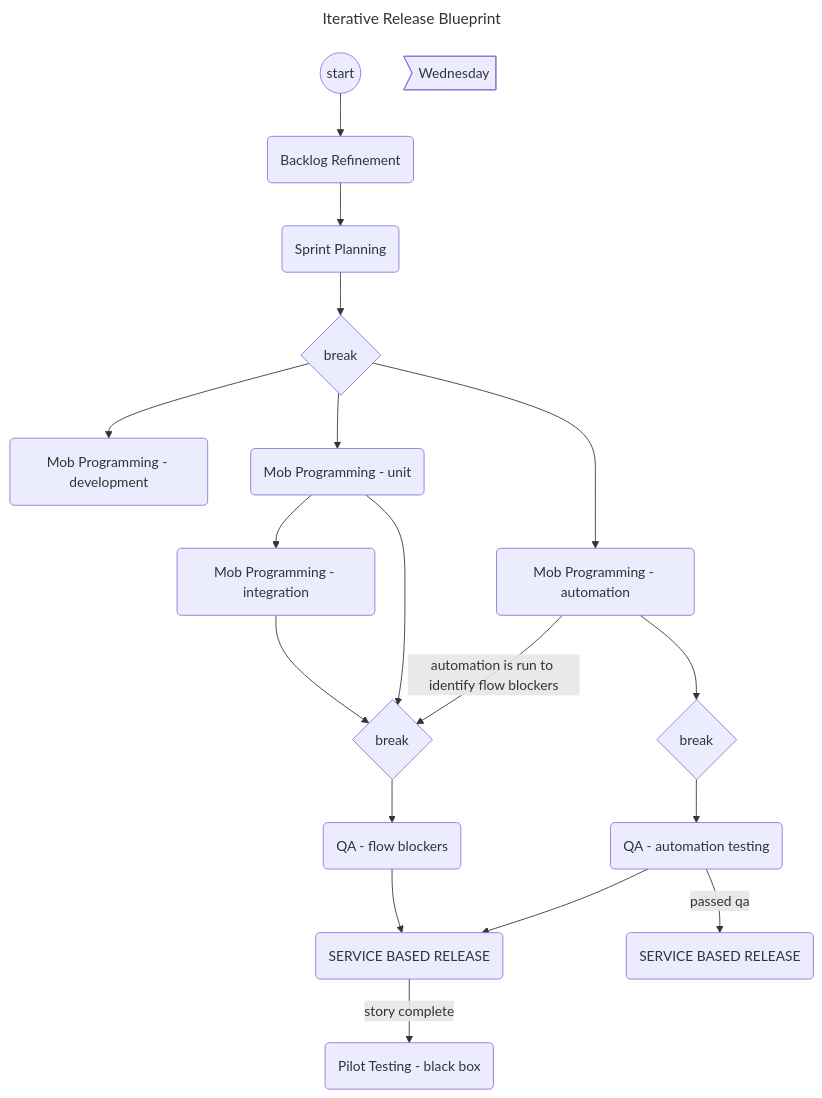
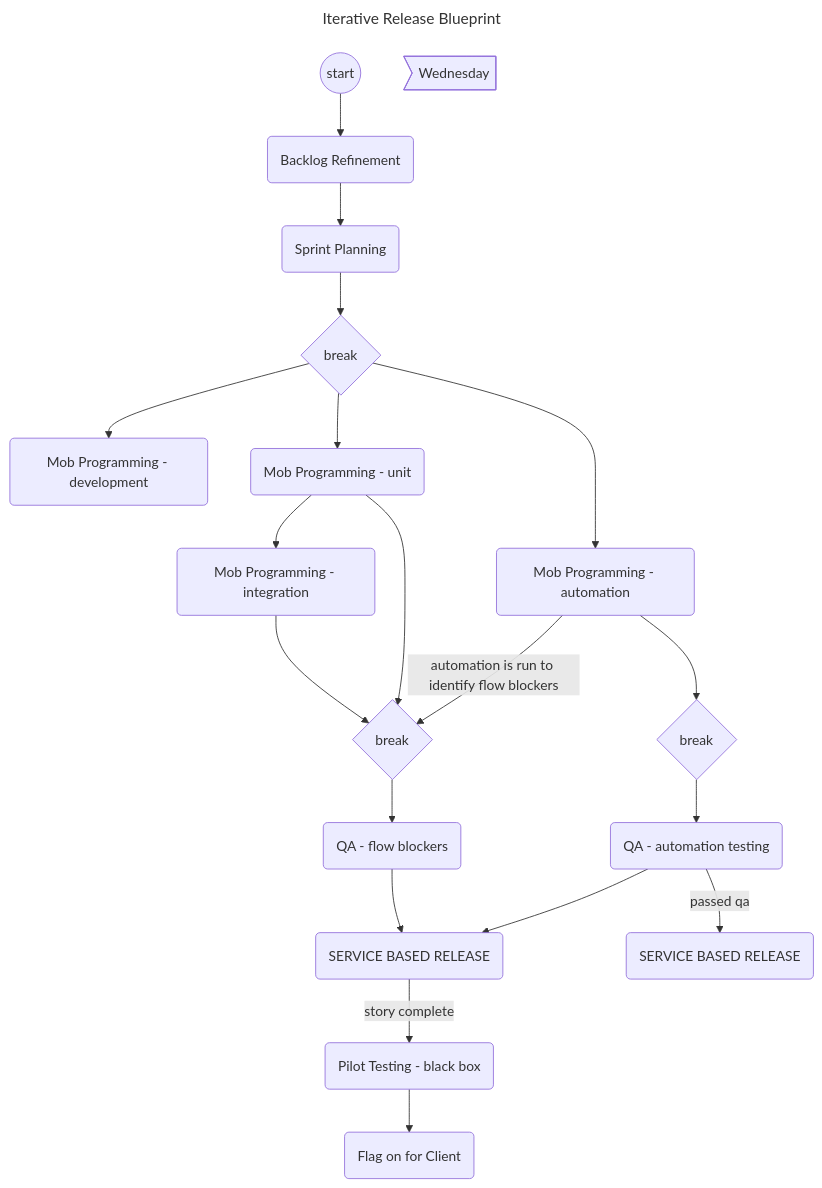
One commit to jessicahirsch/Mermaid-Diagrams changed the diagram in diagrams/diagram3.mmd. Above: the diagram before and after it, drawn with Mermaid.

Commit message:
feat: flag on for client node

```diff
--- a/diagrams/diagram3.mmd
+++ b/diagrams/diagram3.mmd
@@ -1,33 +1,35 @@
 ---
 title: Iterative Release Blueprint
 ---
 
 flowchart TD
 
 id1((start))-->A(Backlog Refinement)
-A(Backlog Refinement)-->B(Sprint Planning)
+A-->B(Sprint Planning)
 
 id2>Wednesday]
-B(Sprint Planning)
+B
 
-B(Sprint Planning)-->id3{break}
+B-->id3{break}
 
 id3{break}-->C(Mob Programming - development)
 id3{break}-->D(Mob Programming - unit)-->F(Mob Programming - integration)
 id3{break}-->E(Mob Programming - automation)
 
 D(Mob Programming - unit)-->id4{break}
 E(Mob Programming - automation)-->|automation is run to identify flow blockers|id4{break}
 F(Mob Programming - integration)-->id4{break}
 
 id4{break}-->G(QA - flow blockers)
 
 E(Mob Programming - automation)-->id5{break}-->H(QA - automation testing)
 
 H(QA-automation testing)-->X(SERVICE BASED RELEASE)
 G(QA - flow blockers)-->X(SERVICE BASED RELEASE)
 
 H(QA - automation testing)-->|passed qa|Y(SERVICE BASED RELEASE)
 
 X(SERVICE BASED RELEASE)-->|story complete|K(Pilot Testing - black box)
+K-->L(Flag on for Client)
+
 Y(SERVICE BASED RELEASE)
```
